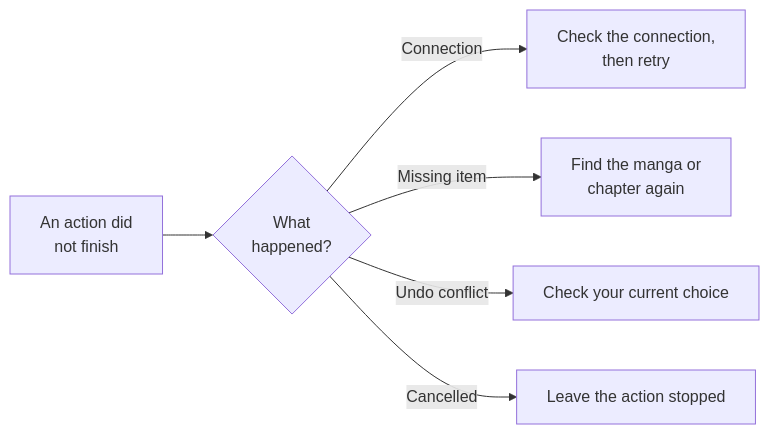
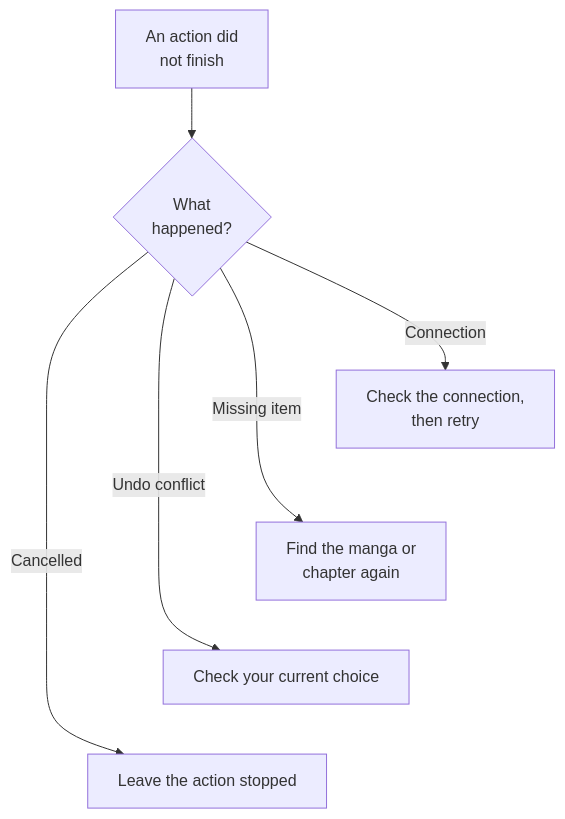
The second of 4 diagrams in docs/kmk/feature-guides/safety.md (FancyCorey/komikku-fc), drawn with Mermaid before and after one commit. The commit also changed 29 other files, not shown here.

````diff
--- a/docs/kmk/feature-guides/safety.md
+++ b/docs/kmk/feature-guides/safety.md
@@ -23,8 +23,12 @@
 ```mermaid
-flowchart LR
+flowchart TD
     Problem["An action did<br/>not finish"] --> Kind{"What<br/>happened?"}
     Kind -->|Connection| Retry["Check the connection,<br/>then retry"]
     Kind -->|Missing item| Find["Find the manga or<br/>chapter again"]
     Kind -->|Undo conflict| Current["Check your current choice"]
     Kind -->|Cancelled| Stop["Leave the action stopped"]
+    %% Stack independent choices vertically for narrow screens.
+    Retry ~~~ Find
+    Find ~~~ Current
+    Current ~~~ Stop
 ```
````
